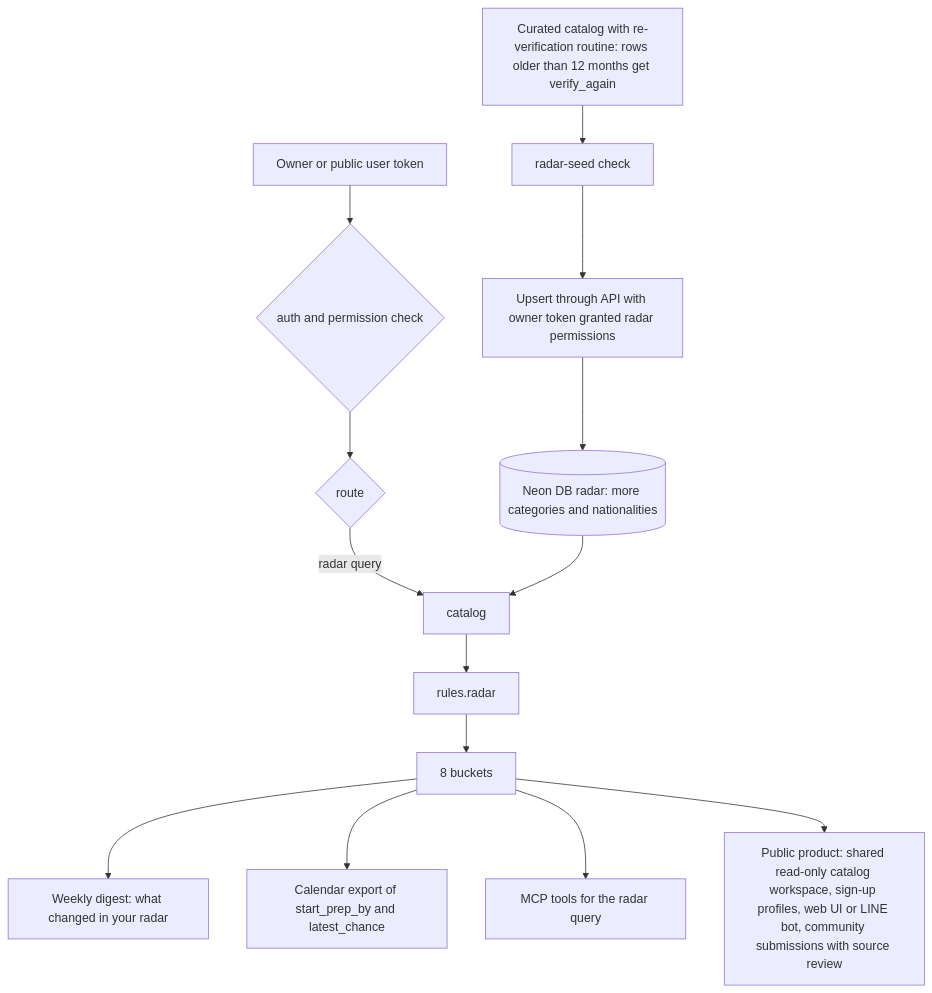
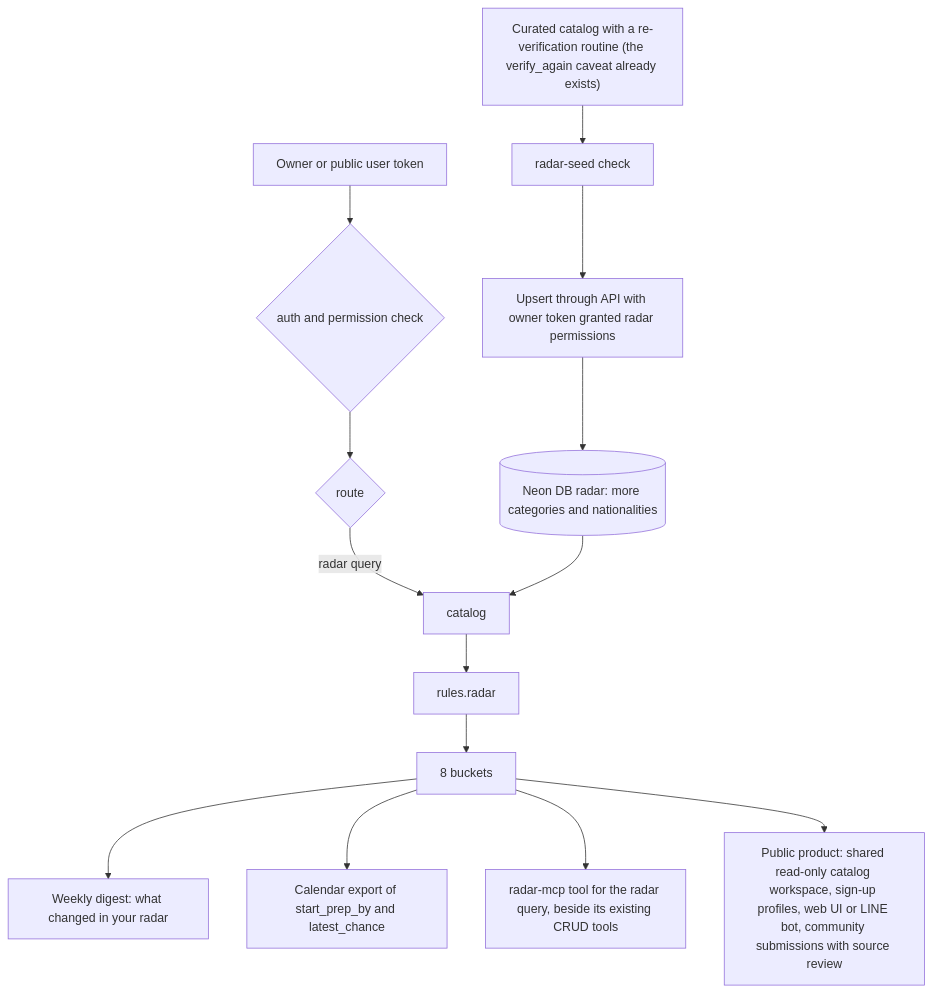
One commit to bookchaowalit/life-radar changed the second of 2 diagrams in docs/diagrams/01-business-process.md. Above: the diagram before and after it, drawn with Mermaid. The commit also changed other lines of this file, not shown here.

````diff
--- a/docs/diagrams/01-business-process.md
+++ b/docs/diagrams/01-business-process.md
@@ -36,16 +36,16 @@
 ```mermaid
 flowchart TD
-  CURATE["Curated catalog with re-verification routine: rows older than 12 months get verify_again"] --> CHECK["radar-seed check"]
+  CURATE["Curated catalog with a re-verification routine (the verify_again caveat already exists)"] --> CHECK["radar-seed check"]
   CHECK --> UPSERT["Upsert through API with owner token granted radar permissions"]
   UPSERT --> DB[("Neon DB radar: more categories and nationalities")]
   CALLER["Owner or public user token"] --> AUTH{"auth and permission check"}
   AUTH --> ROUTES{"route"}
   ROUTES -->|"radar query"| CATALOG["catalog"]
   DB --> CATALOG
   CATALOG --> RULES["rules.radar"]
   RULES --> BUCKETS["8 buckets"]
   BUCKETS --> DIGEST["Weekly digest: what changed in your radar"]
   BUCKETS --> CAL["Calendar export of start_prep_by and latest_chance"]
-  BUCKETS --> MCP["MCP tools for the radar query"]
+  BUCKETS --> MCP["radar-mcp tool for the radar query, beside its existing CRUD tools"]
   BUCKETS --> PUBLIC["Public product: shared read-only catalog workspace, sign-up profiles, web UI or LINE bot, community submissions with source review"]
 ```
````
